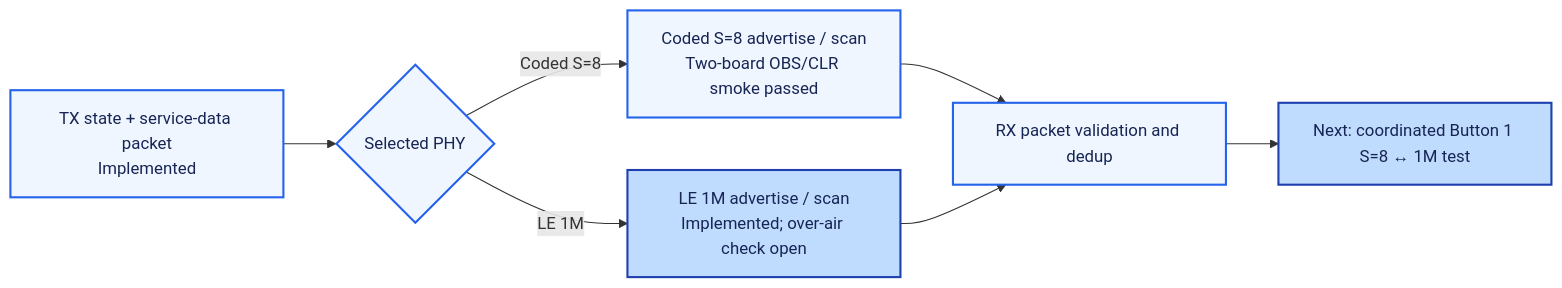
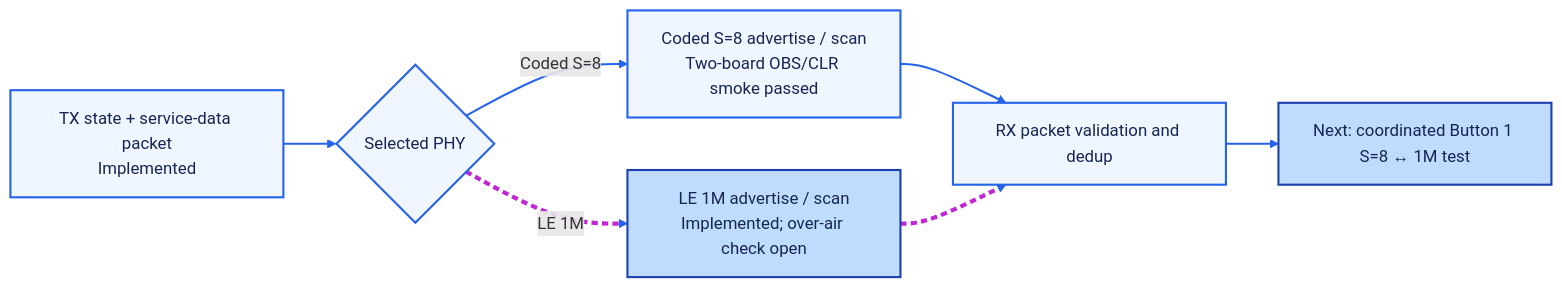
The ninth of 21 diagrams in docs/architecture/system/progress.md (kirolossedra/RIS-Robotics), drawn with Mermaid before and after one commit. The commit also changed other lines of this file, not shown here.

````diff
--- a/docs/architecture/system/progress.md
+++ b/docs/architecture/system/progress.md
@@ -167,16 +204,18 @@
 ```mermaid
 flowchart LR
     TX["TX state + service-data packet<br/>Implemented"] --> PHY{"Selected PHY"}
     PHY -->|"Coded S=8"| S8["Coded S=8 advertise / scan<br/>Two-board OBS/CLR smoke passed"]
     PHY -->|"LE 1M"| M1["LE 1M advertise / scan<br/>Implemented; over-air check open"]
     S8 --> RX["RX packet validation and dedup"]
     M1 --> RX
     RX --> NEXT["Next: coordinated Button 1 S=8 ↔ 1M test"]
 
     classDef pass fill:#dbeafe,stroke:#1d4ed8,color:#172554,stroke-width:2px;
     classDef done fill:#eff6ff,stroke:#2563eb,color:#172554,stroke-width:2px;
     classDef next fill:#bfdbfe,stroke:#1e40af,color:#172554,stroke-width:2px;
     class S8 done;
     class TX,PHY,RX done;
     class M1,NEXT next;
+    linkStyle default stroke:#2563eb,stroke-width:2px;
+    linkStyle 2,4 stroke:#c026d3,stroke-width:4px,stroke-dasharray:6 4;
 ```
````
